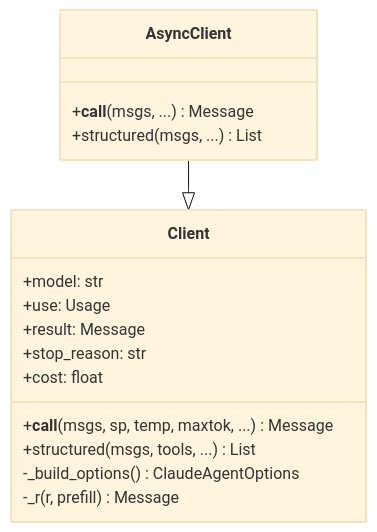
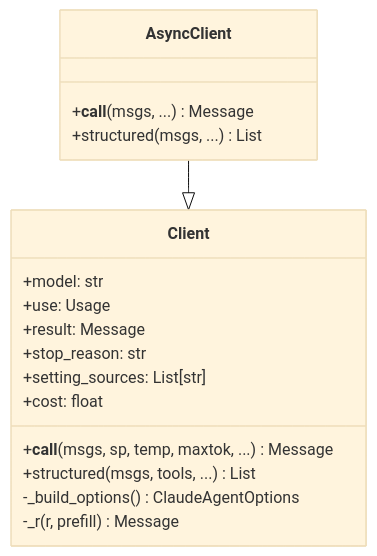
The second of 11 diagrams in docs/how_it_works.md (sgaseretto/claudette-agent), drawn with Mermaid (base theme) before and after one commit. The commit also changed other lines of this file and 5 other files, not shown here.

First line of the commit message:
feat: add stateless queries with setting_sources parameter (#3)

````diff
--- a/docs/how_it_works.md
+++ b/docs/how_it_works.md
@@ -49,21 +49,22 @@
 ```mermaid
 classDiagram
     class Client {
         +model: str
         +use: Usage
         +result: Message
         +stop_reason: str
+        +setting_sources: List[str]
         +__call__(msgs, sp, temp, maxtok, ...) Message
         +structured(msgs, tools, ...) List
         +cost: float
         -_build_options() ClaudeAgentOptions
         -_r(r, prefill) Message
     }
 
     class AsyncClient {
         +__call__(msgs, ...) Message
         +structured(msgs, ...) List
     }
 
     AsyncClient --|> Client
 ```
````
